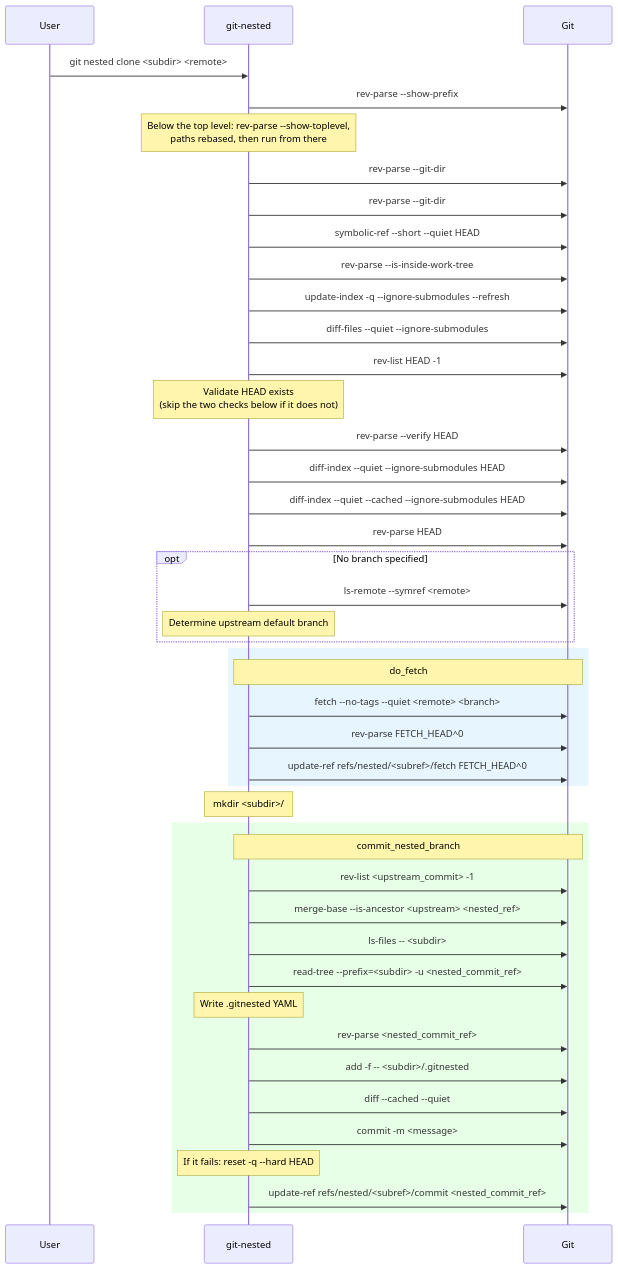
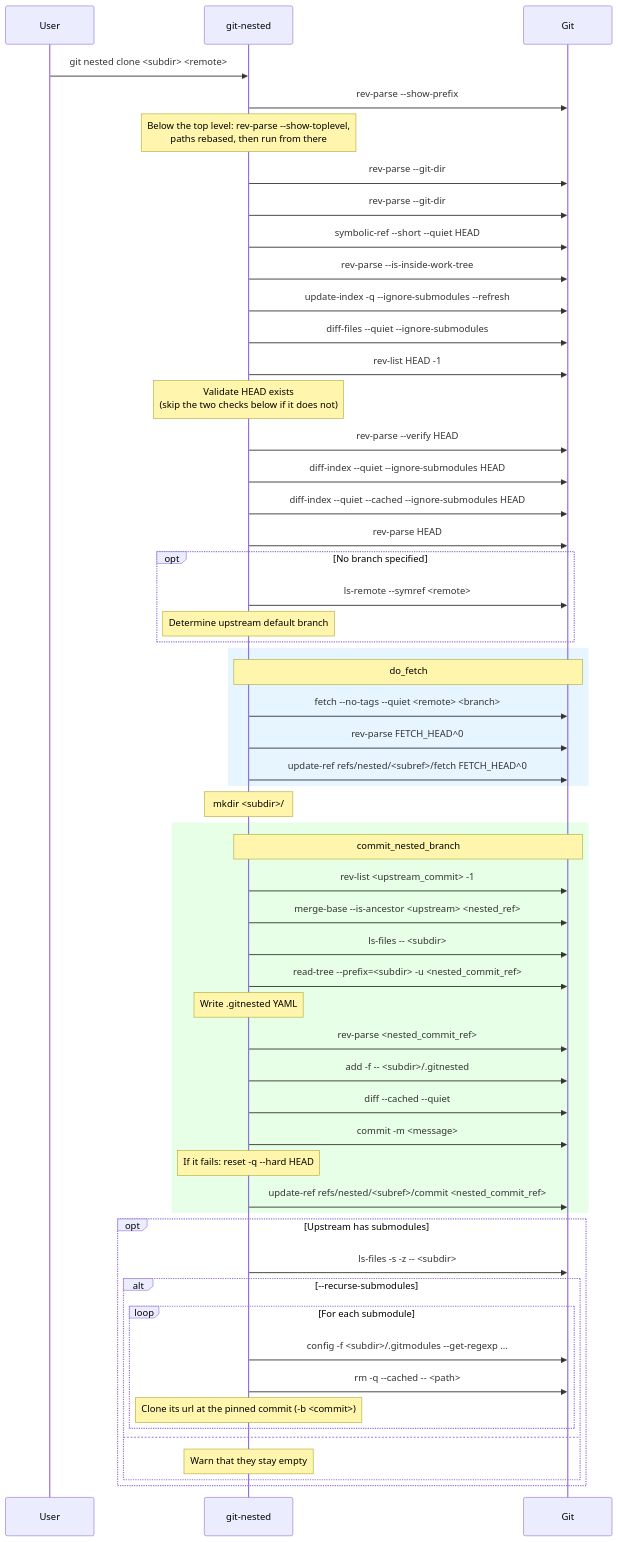
The first of 14 diagrams in docs/diagrams.md (thorsten-klein/git-nested), drawn with Mermaid before and after one commit. The commit also changed other lines of this file and 10 other files, not shown here.

First line of the commit message:
feat: nest the submodules of an upstream, and turn a submodule into a nested repository

````diff
--- a/docs/diagrams.md
+++ b/docs/diagrams.md
@@ -9,51 +9,64 @@
 ```mermaid
 sequenceDiagram
     participant User
     participant git-nested
     participant Git
 
     User->>git-nested: git nested clone <subdir> <remote>
     git-nested->>Git: rev-parse --show-prefix
     Note over git-nested: Below the top level: rev-parse --show-toplevel,<br/>paths rebased, then run from there
     git-nested->>Git: rev-parse --git-dir
     git-nested->>Git: rev-parse --git-dir
     git-nested->>Git: symbolic-ref --short --quiet HEAD
     git-nested->>Git: rev-parse --is-inside-work-tree
     git-nested->>Git: update-index -q --ignore-submodules --refresh
     git-nested->>Git: diff-files --quiet --ignore-submodules
     git-nested->>Git: rev-list HEAD -1
     Note over git-nested: Validate HEAD exists<br/>(skip the two checks below if it does not)
     git-nested->>Git: rev-parse --verify HEAD
     git-nested->>Git: diff-index --quiet --ignore-submodules HEAD
     git-nested->>Git: diff-index --quiet --cached --ignore-submodules HEAD
     git-nested->>Git: rev-parse HEAD
 
     opt No branch specified
         git-nested->>Git: ls-remote --symref <remote>
         Note over git-nested: Determine upstream default branch
     end
 
     rect rgb(230, 245, 255)
         Note over git-nested,Git: do_fetch
         git-nested->>Git: fetch --no-tags --quiet <remote> <branch>
         git-nested->>Git: rev-parse FETCH_HEAD^0
         git-nested->>Git: update-ref refs/nested/<subref>/fetch FETCH_HEAD^0
     end
 
     Note over git-nested: mkdir <subdir>/
 
     rect rgb(230, 255, 230)
         Note over git-nested,Git: commit_nested_branch
         git-nested->>Git: rev-list <upstream_commit> -1
         git-nested->>Git: merge-base --is-ancestor <upstream> <nested_ref>
         git-nested->>Git: ls-files -- <subdir>
         git-nested->>Git: read-tree --prefix=<subdir> -u <nested_commit_ref>
         Note over git-nested: Write .gitnested YAML
         git-nested->>Git: rev-parse <nested_commit_ref>
         git-nested->>Git: add -f -- <subdir>/.gitnested
         git-nested->>Git: diff --cached --quiet
         git-nested->>Git: commit -m <message>
         Note over git-nested: If it fails: reset -q --hard HEAD
         git-nested->>Git: update-ref refs/nested/<subref>/commit <nested_commit_ref>
     end
+
+    opt Upstream has submodules
+        git-nested->>Git: ls-files -s -z -- <subdir>
+        alt --recurse-submodules
+            loop For each submodule
+                git-nested->>Git: config -f <subdir>/.gitmodules --get-regexp ...
+                git-nested->>Git: rm -q --cached -- <path>
+                Note over git-nested: Clone its url at the pinned commit (-b <commit>)
+            end
+        else
+            Note over git-nested: Warn that they stay empty
+        end
+    end
 ```
````
